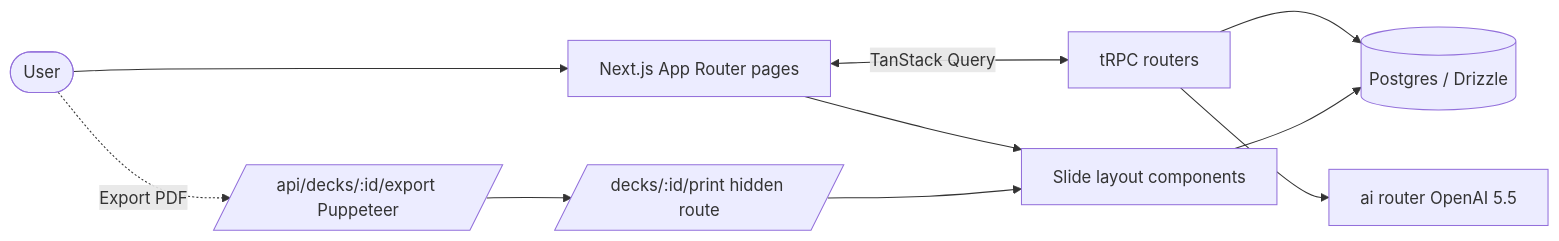
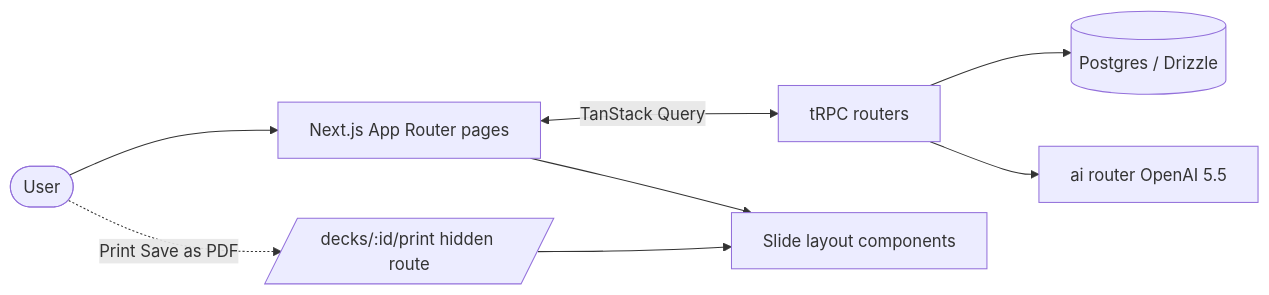
One commit to lancelancelance7/slide-builder changed the diagram in .cursor/plans/slideline_build_plan_0e890d23.plan.md. Above: the diagram before and after it, drawn with Mermaid. The commit also changed other lines of this file and 28 other files, not shown here.

````diff
--- a/.cursor/plans/slideline_build_plan_0e890d23.plan.md
+++ b/.cursor/plans/slideline_build_plan_0e890d23.plan.md
@@ -55,19 +56,18 @@
 ```mermaid
 flowchart LR
   user([User])
   ui[Next.js App Router pages]
   trpc[tRPC routers]
   ai[ai router OpenAI 5.5]
   db[(Postgres / Drizzle)]
-  pdf[/api/decks/:id/export Puppeteer/]
   print[/decks/:id/print hidden route/]
   layouts[Slide layout components]
 
   user --> ui
   ui <-- TanStack Query --> trpc
   trpc --> db
   trpc --> ai
   ui --> layouts
-  user -. Export PDF .-> pdf
-  pdf --> print --> layouts --> db
+  user -. Print Save as PDF .-> print
+  print --> layouts
 ```
````
